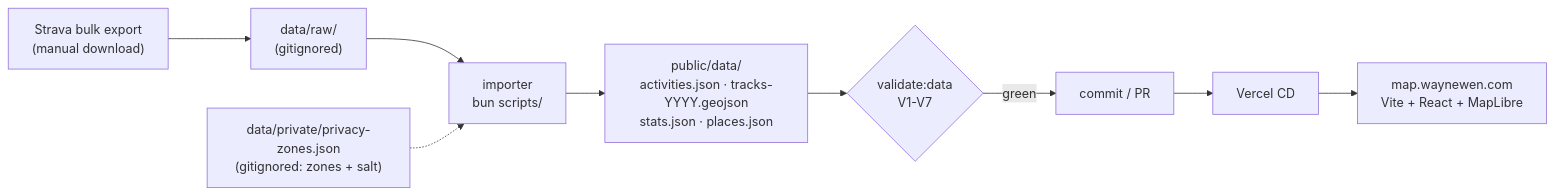
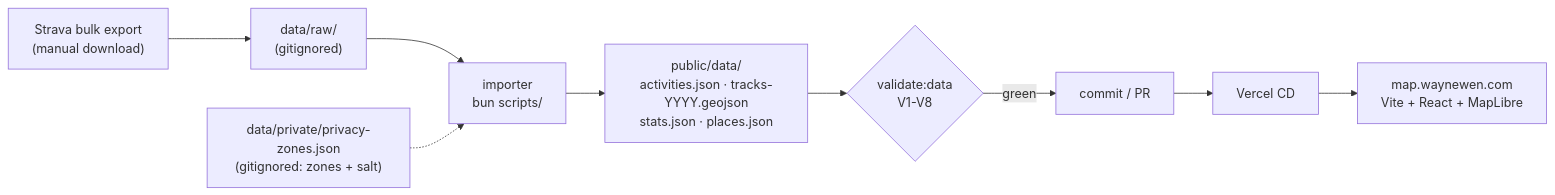
One commit to initor/workout-map-vite changed the first of 2 diagrams in README.md. Above: the diagram before and after it, drawn with Mermaid. The commit also changed other lines of this file and 11 other files, not shown here.

````diff
--- a/README.md
+++ b/README.md
@@ -23,11 +23,11 @@
 ```mermaid
 flowchart LR
     A["Strava bulk export<br/>(manual download)"] --> B["data/raw/<br/>(gitignored)"]
     B --> C["importer<br/>bun scripts/"]
     Z["data/private/privacy-zones.json<br/>(gitignored: zones + salt)"] -.-> C
     C --> D["public/data/<br/>activities.json · tracks-YYYY.geojson<br/>stats.json · places.json"]
-    D --> V{"validate:data<br/>V1-V7"}
+    D --> V{"validate:data<br/>V1-V8"}
     V -->|green| E["commit / PR"]
     E --> F["Vercel CD"]
     F --> G["map.waynewen.com<br/>Vite + React + MapLibre"]
 ```
````
